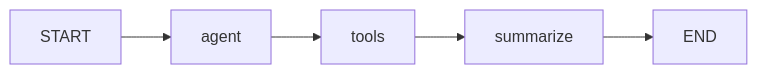
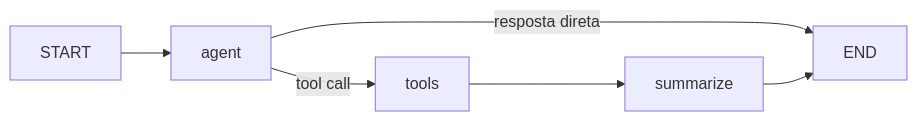
The diagram in README.md (ErikaMendes89/langgraph-agent-lab), drawn with Mermaid before and after one commit. The commit also changed other lines of this file and 12 other files, not shown here.

````diff
--- a/README.md
+++ b/README.md
@@ -30,4 +32,7 @@
 ```mermaid
 flowchart LR
-    START --> agent --> tools --> summarize --> END
+    START --> agent
+    agent -->|tool call| tools
+    agent -->|resposta direta| END
+    tools --> summarize --> END
 ```
````
